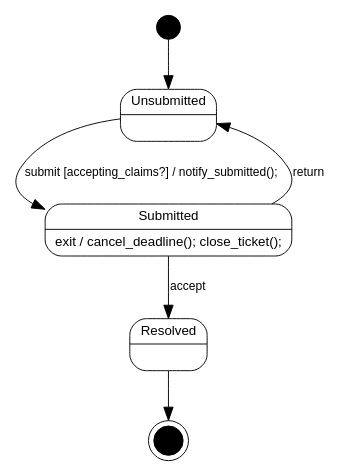
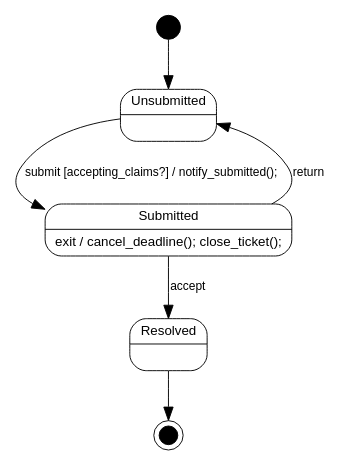
Before and after one commit to WorkflowsOnRails/project-report: the diagram in img/manual/aasm-statecharts-claim.dot, drawn with Graphviz. The commit also changed 8 other files, not shown here.

```diff
--- a/img/manual/aasm-statecharts-claim.dot
+++ b/img/manual/aasm-statecharts-claim.dot
@@ -1,57 +1,57 @@
 digraph statechart {
 	graph [bb="0,0,241.82,328",
 		rankdir=TB
 	];
 	node [fontname=Arial,
 		fontsize=10,
 		label="\N",
 		penwidth=0.7,
 		shape=Mrecord
 	];
 	edge [dir=forward,
 		fontname=Arial,
 		fontsize=9,
 		penwidth=0.7
 	];
 	unsubmitted	 [height=0.54167,
 		label="{Unsubmitted|}",
 		pos="116.82,252",
 		width=0.97917];
 	submitted	 [height=0.54167,
 		label="{Submitted|exit / cancel_deadline(); close_ticket();}",
 		pos="116.82,166",
 		width=2.5625];
 	unsubmitted -> submitted	 [label=" submit [accepting_claims?] / notify_submitted();  ",
 		lp="106.32,209",
 		pos="e,24.139,180.68 81.186,249.67 55.374,246.62 22.096,237.9 4.8214,214 -4.5518,201.03 1.4711,191.62 14.587,184.8"];
 	"7bf02aa3-dec9-4e6d-96fe-8c96a2ab305f"	 [color=black,
 		fillcolor=black,
 		fixedsize=true,
 		height=0.25,
 		label="",
 		pos="116.82,319",
 		shape=circle,
 		style=filled,
 		width=0.25];
 	"7bf02aa3-dec9-4e6d-96fe-8c96a2ab305f" -> unsubmitted	 [pos="e,116.82,271.24 116.82,309.77 116.82,302.54 116.82,291.6 116.82,281.24"];
 	submitted -> unsubmitted	 [label=" return  ",
 		lp="226.32,209",
 		pos="e,152.72,246.19 195.68,185.11 209.06,192.07 216.26,201.46 207.82,214 197.55,229.26 179.79,238.23 162.67,243.5"];
 	resolved	 [height=0.54167,
 		label="{Resolved|}",
 		pos="116.82,80",
 		width=0.76389];
 	submitted -> resolved	 [label=" accept  ",
 		lp="133.82,123",
 		pos="e,116.82,99.191 116.82,146.77 116.82,135.88 116.82,121.79 116.82,109.46"];
 	"f9c2ddc3-cc54-428a-8c5f-972b720f674e"	 [color=black,
 		fillcolor=black,
 		fixedsize=true,
-		height=0.30556,
+		height=0.20,
 		label="",
 		pos="116.82,11",
 		shape=doublecircle,
 		style=filled,
-		width=0.29167];
+		width=0.20];
 	resolved -> "f9c2ddc3-cc54-428a-8c5f-972b720f674e"	 [pos="e,116.82,22.176 116.82,60.692 116.82,51.877 116.82,41.283 116.82,32.23"];
 }
```
